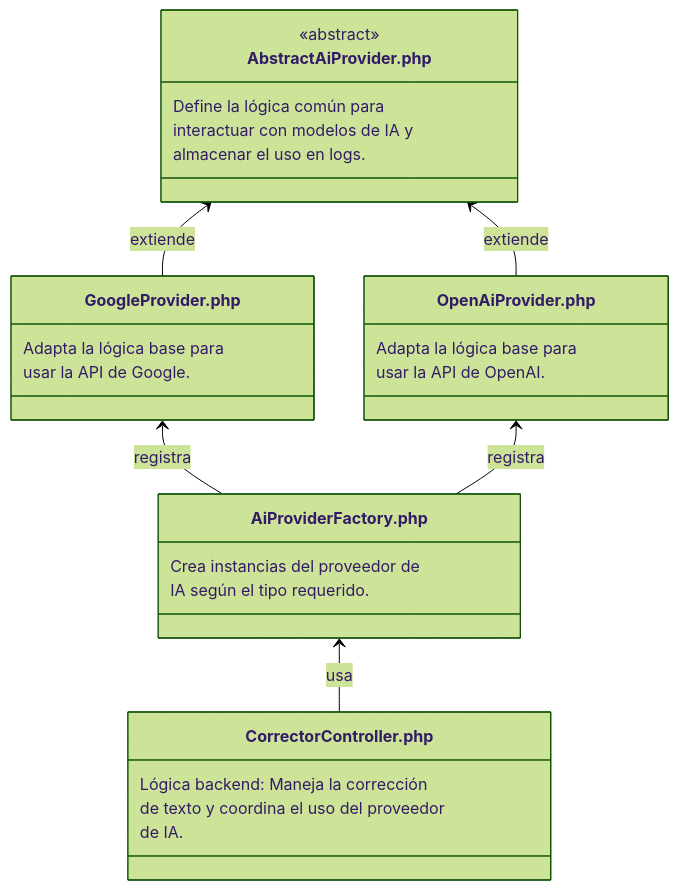
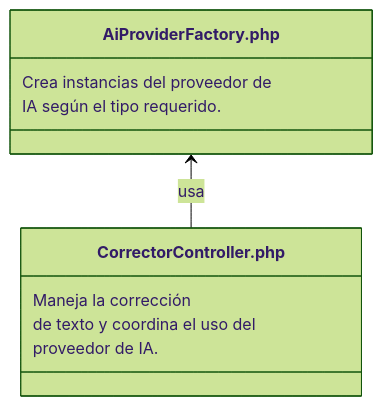
One commit to SaanRM/notas-sintecto changed the first of 4 diagrams in docs/IA/Proyectos/CorrectorDeTexto.md. Above: the diagram before and after it, drawn with Mermaid (forest theme). The commit also changed other lines of this file and 2 other files, not shown here.

````diff
--- a/docs/IA/Proyectos/CorrectorDeTexto.md
+++ b/docs/IA/Proyectos/CorrectorDeTexto.md
@@ -24,43 +23,20 @@
 ```mermaid
 
 classDiagram
     direction TB
-
-    %% Clase abstracta base
-    class AbstractAiProvider.php {
-        <<abstract>>
-        Define la lógica común para 
-        interactuar con modelos de IA y 
-        almacenar el uso en logs.
-    }
-    AbstractAiProvider.php <-- GoogleProvider.php : extiende
-    AbstractAiProvider.php <-- OpenAiProvider.php : extiende
-
-    %% Proveedores concretos
-    class GoogleProvider.php {
-        Adapta la lógica base para 
-        usar la API de Google.
-    }
-    class OpenAiProvider.php {
-        Adapta la lógica base para 
-        usar la API de OpenAI.
-    }
-
-    GoogleProvider.php <-- AiProviderFactory.php : registra
-    OpenAiProvider.php <-- AiProviderFactory.php : registra
 
     %% Fábrica de proveedores
     class AiProviderFactory.php {
         Crea instancias del proveedor de 
         IA según el tipo requerido.
     }
     AiProviderFactory.php <-- CorrectorController.php : usa
 
     %% Controller de corrección
     class CorrectorController.php {
-        Lógica backend:  Maneja la corrección 
-        de texto y coordina el uso del proveedor 
-        de IA.
+        Maneja la corrección 
+        de texto y coordina el uso del 
+        proveedor de IA.
     }
 
 ```
````
